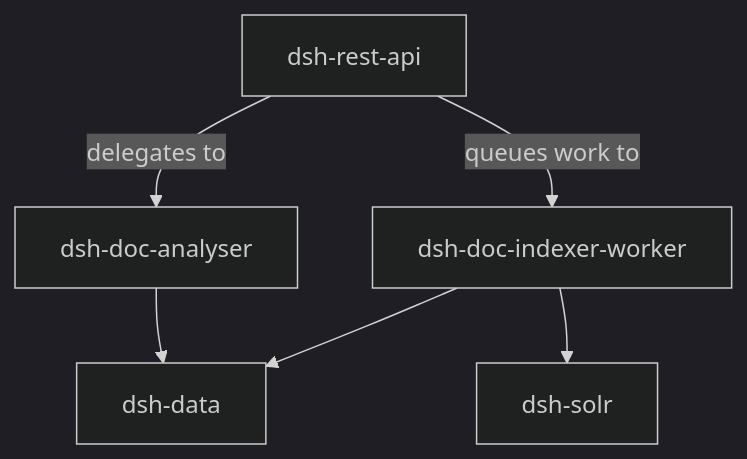
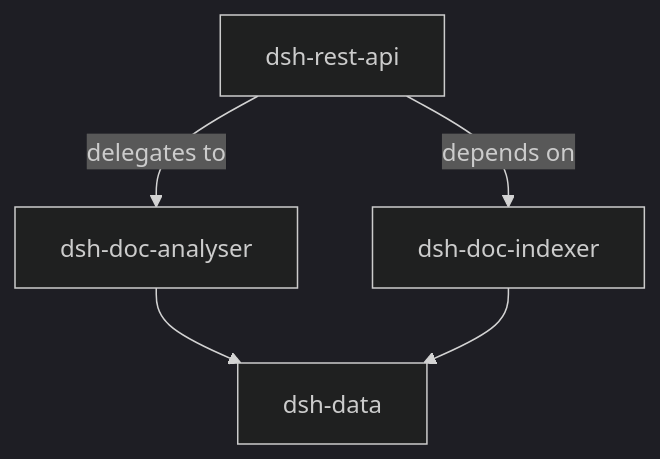
One commit to MRISS-Projects/dsh changed the diagram in specs/architecture/component-diagrams/README.md. Above: the diagram before and after it, drawn with Mermaid (dark theme). The commit also changed 15 other files, not shown here.

````diff
--- a/specs/architecture/component-diagrams/README.md
+++ b/specs/architecture/component-diagrams/README.md
@@ -19,8 +19,7 @@
 ```mermaid
 graph TD
     A[dsh-rest-api] -->|delegates to| B[dsh-doc-analyser]
-    A -->|queues work to| C[dsh-doc-indexer-worker]
+    A -->|depends on| C[dsh-doc-indexer]
     B --> D[dsh-data]
     C --> D
-    C --> E[dsh-solr]
 ```
````
